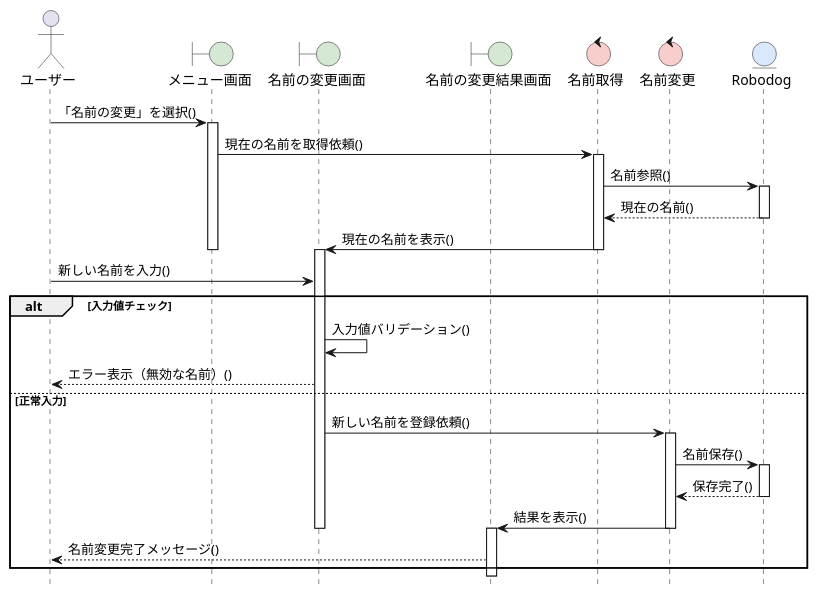
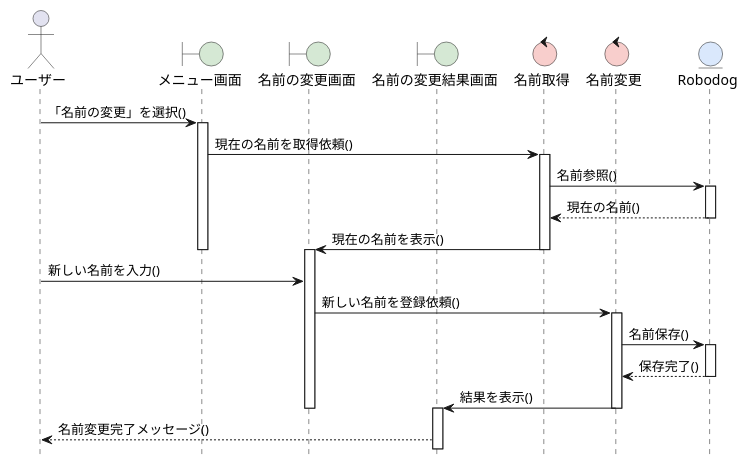
One commit to FujikawaHirono0520/group3_1_dogdog changed the diagram in sequence_change_name.pu. Above: the diagram before and after it, drawn with PlantUML.

```diff
--- a/sequence_change_name.pu
+++ b/sequence_change_name.pu
@@ -1,48 +1,42 @@
 @startuml
 hide footbox
 skinparam boundaryBackgroundColor #D5E8D4
 skinparam controlBackgroundColor  #F8CECC
 skinparam entityBackgroundColor   #DAE8FC
 
 actor ユーザー as A
 boundary メニュー画面 as B1
 boundary 名前の変更画面 as B2
 boundary 名前の変更結果画面 as B3
 control 名前取得 as C1
 control 名前変更 as C2
 entity Robodog as E
 
 A -> B1: 「名前の変更」を選択()
 activate B1
 
 B1 -> C1: 現在の名前を取得依頼()
 activate C1
 C1 -> E: 名前参照()
 activate E
 E --> C1: 現在の名前()
 deactivate E
 C1 -> B2: 現在の名前を表示()
 deactivate C1
 deactivate B1
 activate B2
 
 A -> B2: 新しい名前を入力()
-
-alt 入力値チェック
-    B2 -> B2: 入力値バリデーション()
-    B2 --> A: エラー表示（無効な名前）()
-else 正常入力
-    B2 -> C2: 新しい名前を登録依頼()
-    activate C2
-    C2 -> E: 名前保存()
-    activate E
-    E --> C2: 保存完了()
-    deactivate E
-    C2 -> B3: 結果を表示()
-    deactivate C2
-    deactivate B2
-    activate B3
-    B3 --> A: 名前変更完了メッセージ()
-end
+B2 -> C2: 新しい名前を登録依頼()
+activate C2
+C2 -> E: 名前保存()
+activate E
+E --> C2: 保存完了()
+deactivate E
+C2 -> B3: 結果を表示()
+deactivate C2
+deactivate B2
+activate B3
+B3 --> A: 名前変更完了メッセージ()
 
 @enduml
```
